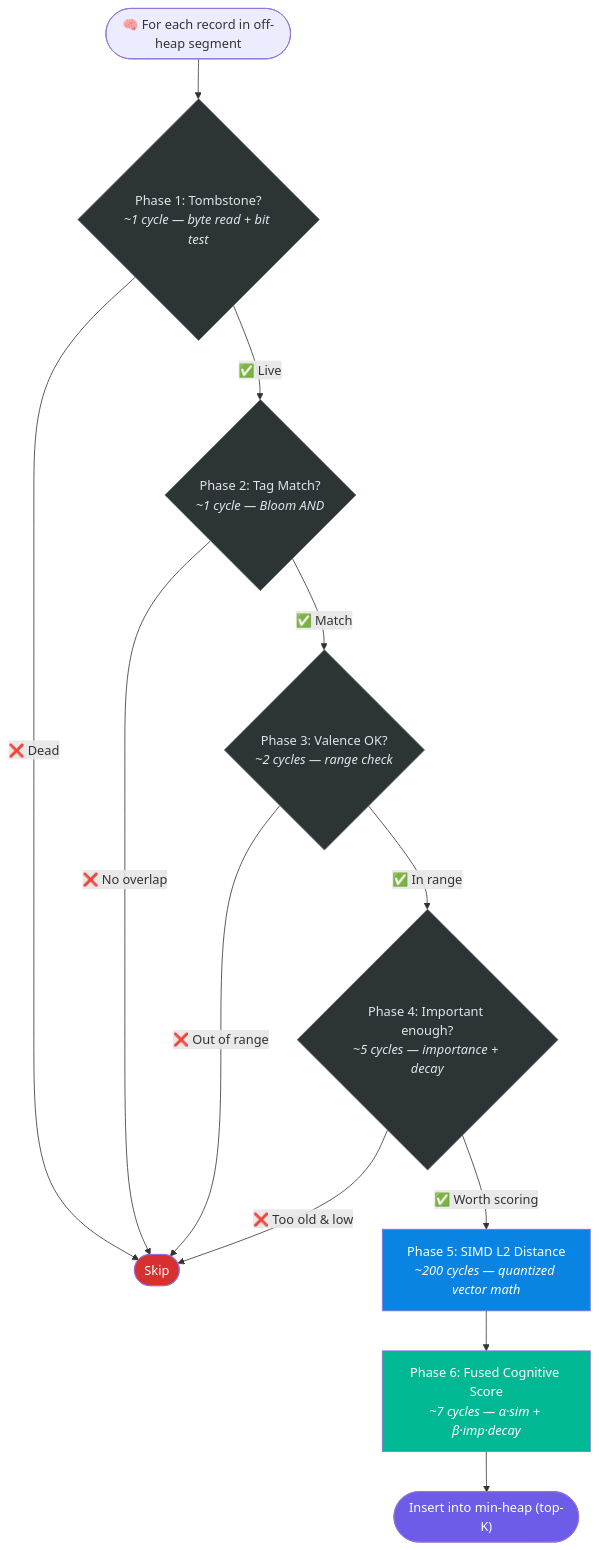
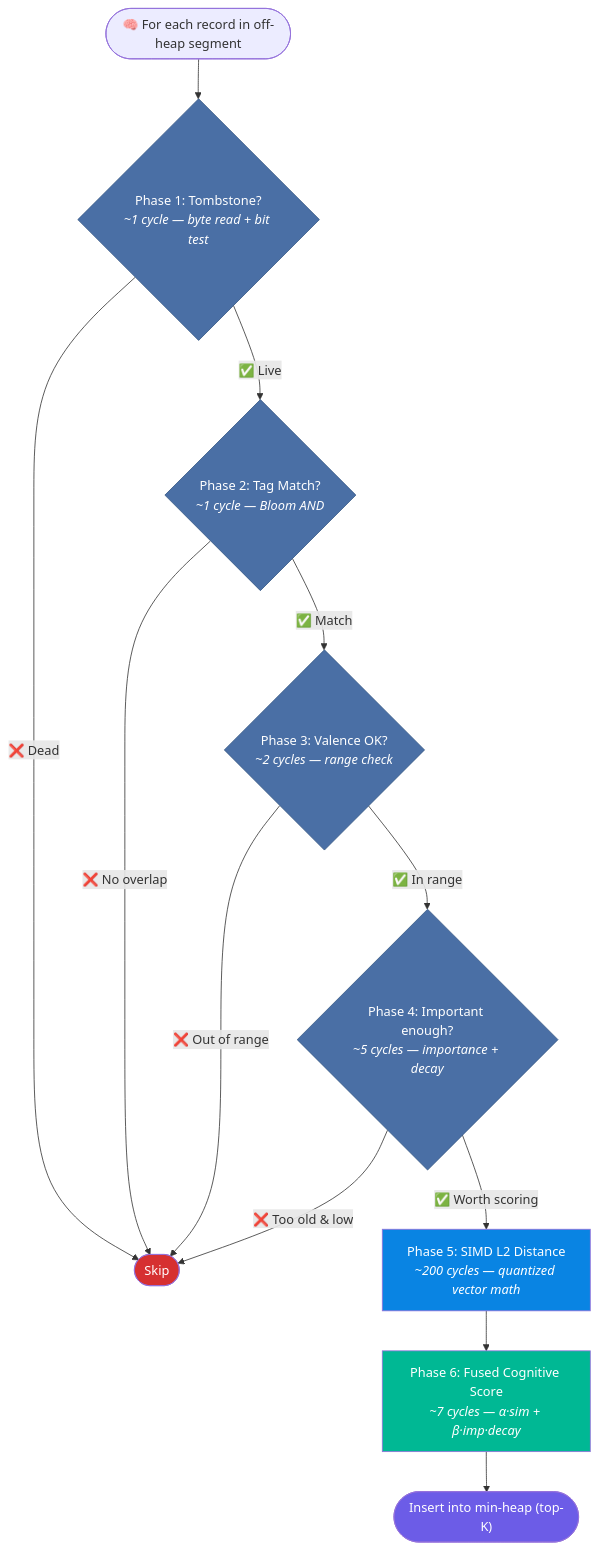
The first of 10 diagrams in docs/docs/memory/scoring-pipeline.md (spectrayan/spector), drawn with Mermaid before and after one commit. The commit also changed other lines of this file and 120 other files, not shown here.

````diff
--- a/docs/docs/memory/scoring-pipeline.md
+++ b/docs/docs/memory/scoring-pipeline.md
@@ -40,35 +58,35 @@
 ```mermaid
 flowchart TD
     START(["🧠 For each record in off-heap segment"]) --> P1
 
     P1{"Phase 1: Tombstone?<br/><i>~1 cycle — byte read + bit test</i>"}
     P1 -->|"❌ Dead"| SKIP([Skip])
     P1 -->|"✅ Live"| P2
 
     P2{"Phase 2: Tag Match?<br/><i>~1 cycle — Bloom AND</i>"}
     P2 -->|"❌ No overlap"| SKIP
     P2 -->|"✅ Match"| P3
 
     P3{"Phase 3: Valence OK?<br/><i>~2 cycles — range check</i>"}
     P3 -->|"❌ Out of range"| SKIP
     P3 -->|"✅ In range"| P4
 
     P4{"Phase 4: Important enough?<br/><i>~5 cycles — importance + decay</i>"}
     P4 -->|"❌ Too old & low"| SKIP
     P4 -->|"✅ Worth scoring"| P5
 
     P5["Phase 5: SIMD L2 Distance<br/><i>~200 cycles — quantized vector math</i>"]
     P5 --> P6
 
     P6["Phase 6: Fused Cognitive Score<br/><i>~7 cycles — α·sim + β·imp·decay</i>"]
     P6 --> HEAP(["Insert into min-heap (top-K)"])
 
-    style P1 fill:#2d3436,color:#dfe6e9,stroke:#636e72
-    style P2 fill:#2d3436,color:#dfe6e9,stroke:#636e72
-    style P3 fill:#2d3436,color:#dfe6e9,stroke:#636e72
-    style P4 fill:#2d3436,color:#dfe6e9,stroke:#636e72
+    style P1 fill:#4a6fa5,color:white,stroke:#375985
+    style P2 fill:#4a6fa5,color:white,stroke:#375985
+    style P3 fill:#4a6fa5,color:white,stroke:#375985
+    style P4 fill:#4a6fa5,color:white,stroke:#375985
     style P5 fill:#0984e3,color:white
     style P6 fill:#00b894,color:white
     style SKIP fill:#d63031,color:white
     style HEAP fill:#6c5ce7,color:white
 ```
````
